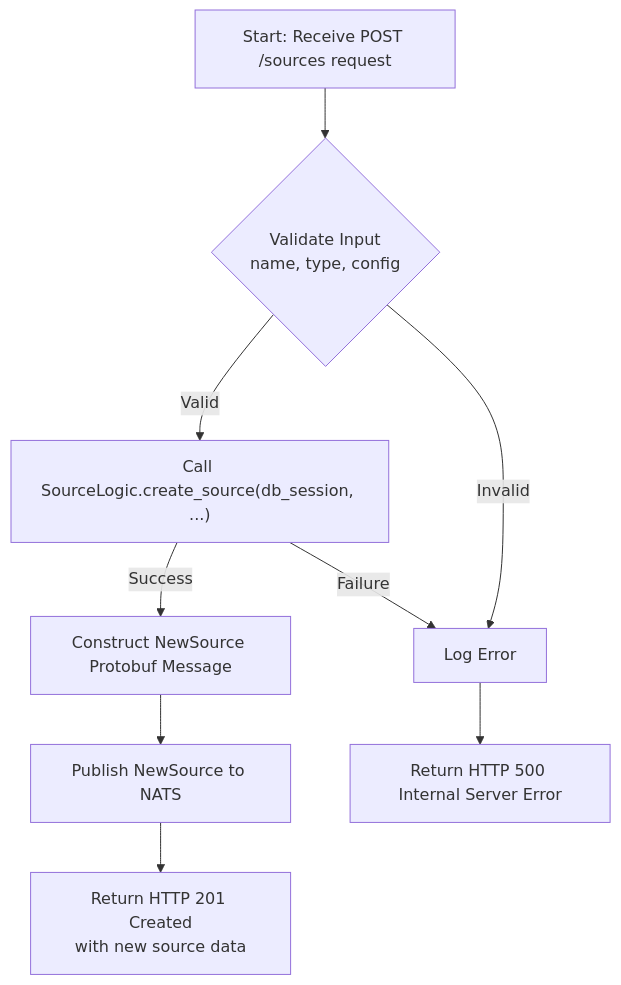
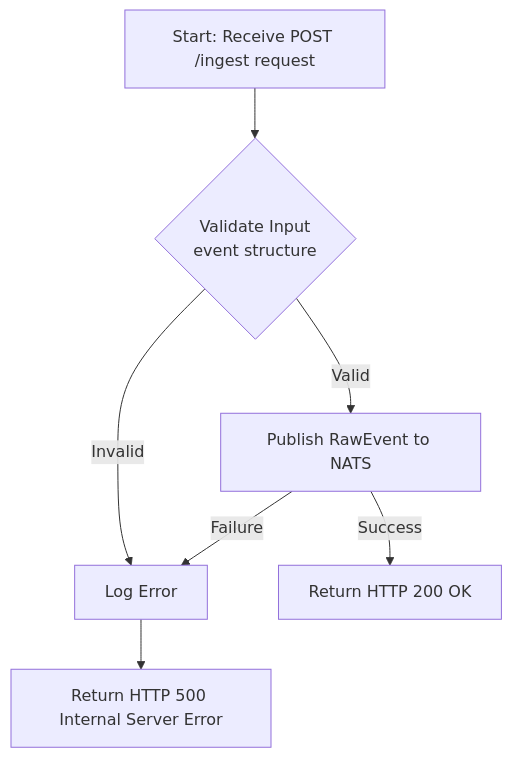
The second of 2 diagrams in docs/api.md (gsantopaolo/sentinel-AI), drawn with Mermaid before and after one commit. The commit also changed other lines of this file and 14 other files, not shown here.

````diff
--- a/docs/api.md
+++ b/docs/api.md
@@ -85,12 +68,10 @@
 ```mermaid
 flowchart TD
-    A["Start: Receive POST /sources request"] --> B{"Validate Input<br/>name, type, config"}
-    B -->|Valid| C["Call SourceLogic.create_source(db_session, ...)"]
+    A["Start: Receive POST /ingest request"] --> B{"Validate Input<br/>event structure"}
+    B -->|Valid| C["Publish RawEvent to NATS"]
     B -->|Invalid| G["Log Error"]
-    C -->|Success| D["Construct NewSource Protobuf Message"]
+    C -->|Success| D["Return HTTP 200 OK"]
     C -->|Failure| G
-    D --> E["Publish NewSource to NATS"]
-    E --> F["Return HTTP 201 Created<br/>with new source data"]
     G --> H["Return HTTP 500 Internal Server Error"]
 
 ```
````
